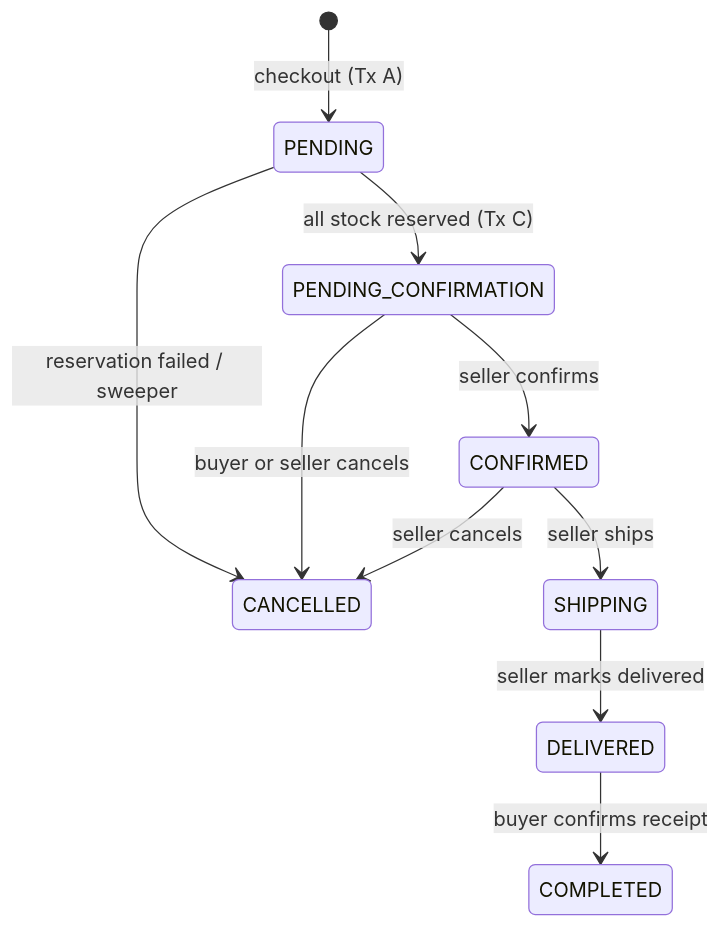
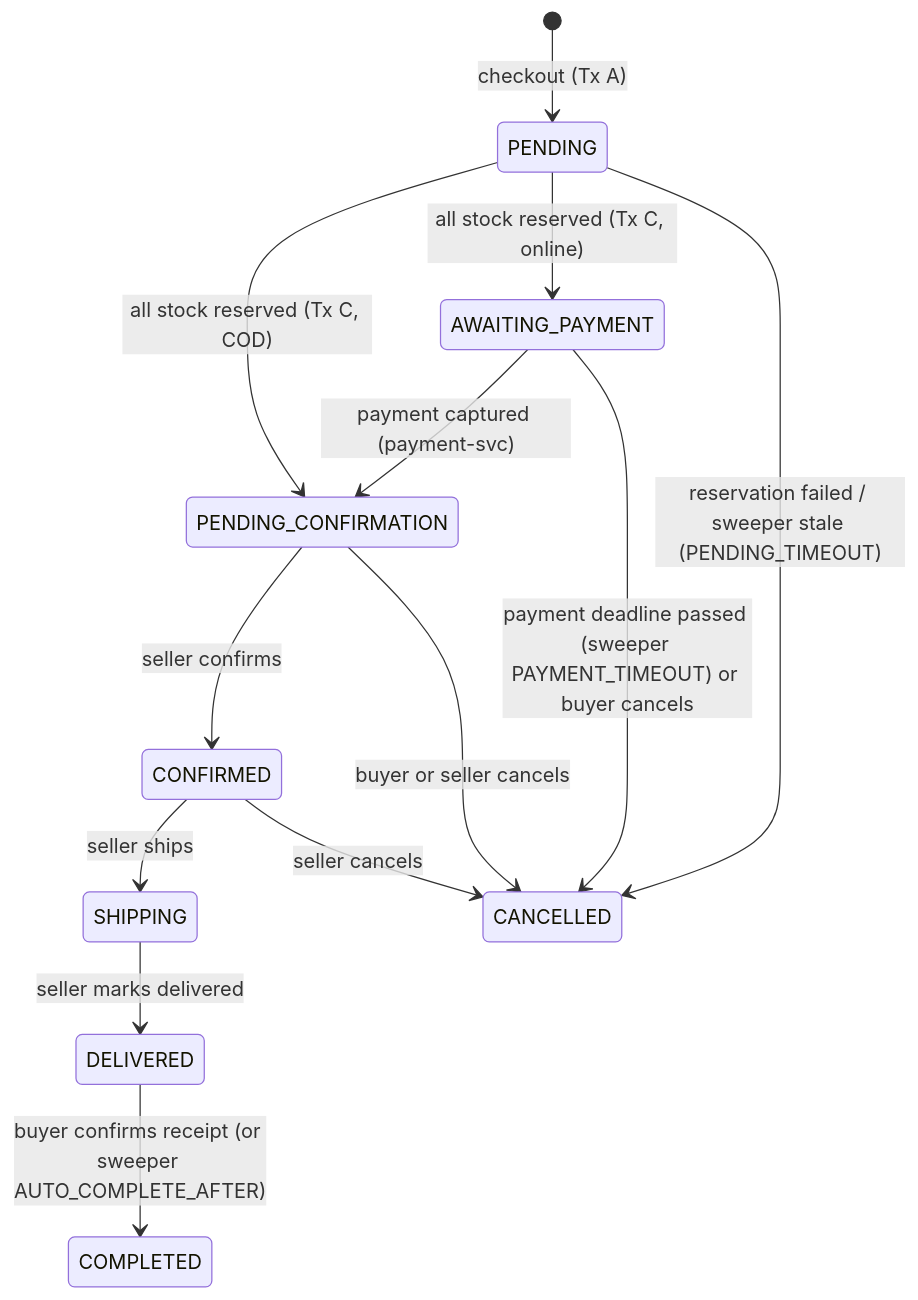
One commit to ngoxuanchien/E-Commerce changed the seventh of 7 diagrams in docs/architecture.md. Above: the diagram before and after it, drawn with Mermaid. The commit also changed other lines of this file and 30 other files, not shown here.

````diff
--- a/docs/architecture.md
+++ b/docs/architecture.md
@@ -164,12 +322,15 @@
 ```mermaid
 stateDiagram-v2
   [*] --> PENDING: checkout (Tx A)
-  PENDING --> PENDING_CONFIRMATION: all stock reserved (Tx C)
-  PENDING --> CANCELLED: reservation failed / sweeper
+  PENDING --> PENDING_CONFIRMATION: all stock reserved (Tx C, COD)
+  PENDING --> AWAITING_PAYMENT: all stock reserved (Tx C, online)
+  PENDING --> CANCELLED: reservation failed / sweeper stale (PENDING_TIMEOUT)
+  AWAITING_PAYMENT --> PENDING_CONFIRMATION: payment captured (payment-svc)
+  AWAITING_PAYMENT --> CANCELLED: payment deadline passed (sweeper PAYMENT_TIMEOUT) or buyer cancels
   PENDING_CONFIRMATION --> CONFIRMED: seller confirms
   PENDING_CONFIRMATION --> CANCELLED: buyer or seller cancels
   CONFIRMED --> SHIPPING: seller ships
   CONFIRMED --> CANCELLED: seller cancels
   SHIPPING --> DELIVERED: seller marks delivered
-  DELIVERED --> COMPLETED: buyer confirms receipt
+  DELIVERED --> COMPLETED: buyer confirms receipt (or sweeper AUTO_COMPLETE_AFTER)
 ```
````
